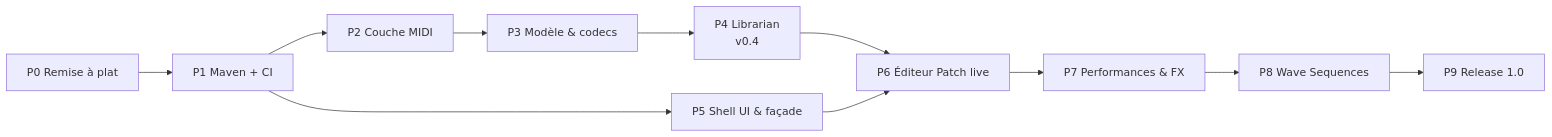
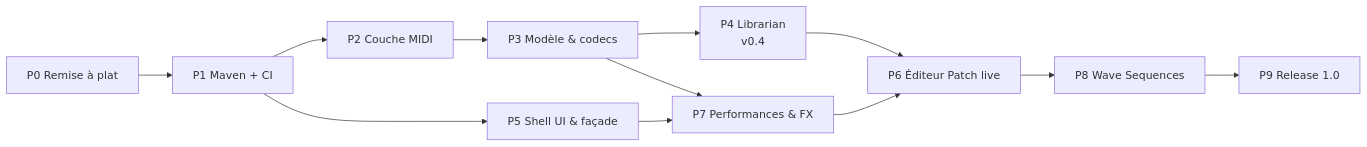
One commit to obarry/Harmonia changed the third of 3 diagrams in docs/DESIGN_ROADMAP.md. Above: the diagram before and after it, drawn with Mermaid. The commit also changed other lines of this file and 26 other files, not shown here.

````diff
--- a/docs/DESIGN_ROADMAP.md
+++ b/docs/DESIGN_ROADMAP.md
@@ -322,13 +324,14 @@
 ```mermaid
 flowchart LR
     P0[P0 Remise à plat] --> P1[P1 Maven + CI]
     P1 --> P2[P2 Couche MIDI]
     P2 --> P3[P3 Modèle & codecs]
     P3 --> P4[P4 Librarian<br/>v0.4]
     P1 --> P5[P5 Shell UI & façade]
-    P4 --> P6[P6 Éditeur Patch live]
-    P5 --> P6
-    P6 --> P7[P7 Performances & FX]
-    P7 --> P8[P8 Wave Sequences]
+    P3 --> P7[P7 Performances & FX]
+    P5 --> P7
+    P7 --> P6[P6 Éditeur Patch live]
+    P4 --> P6
+    P6 --> P8[P8 Wave Sequences]
     P8 --> P9[P9 Release 1.0]
 ```
````
